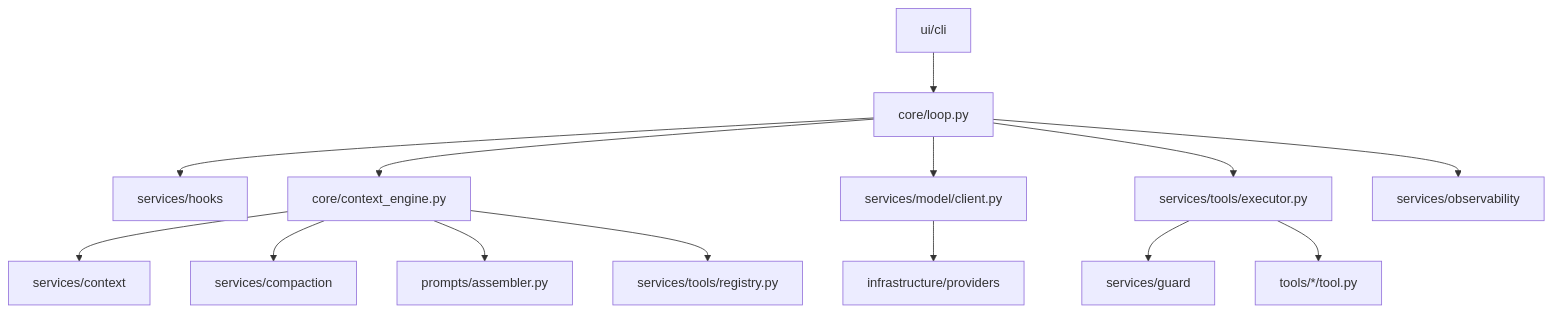
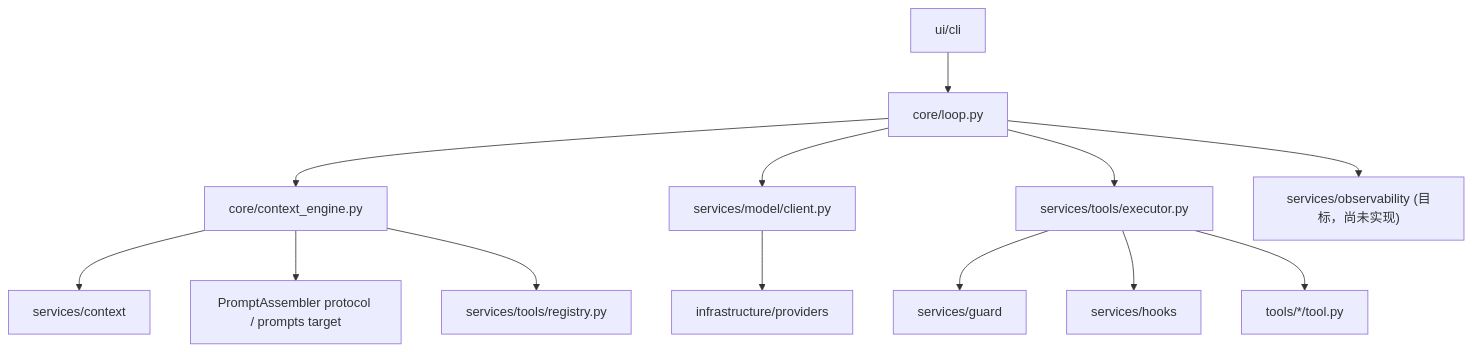
The diagram in architecture.md (EtherealStar/OneCode), drawn with Mermaid before and after one commit. The commit also changed other lines of this file and 40 other files, not shown here.

First line of the commit message:
feat(cli): add main interfaces, JSONL transcripts, and tool hooks

````diff
--- a/architecture.md
+++ b/architecture.md
@@ -256,16 +293,15 @@
 ```mermaid
 flowchart TD
   UI["ui/cli"] --> Loop["core/loop.py"]
-  Loop --> Hooks["services/hooks"]
   Loop --> Engine["core/context_engine.py"]
   Engine --> Context["services/context"]
-  Engine --> Compaction["services/compaction"]
-  Engine --> Prompts["prompts/assembler.py"]
+  Engine --> Prompts["PromptAssembler protocol / prompts target"]
   Engine --> ToolRegistry["services/tools/registry.py"]
   Loop --> ModelClient["services/model/client.py"]
   ModelClient --> Provider["infrastructure/providers"]
   Loop --> ToolExecutor["services/tools/executor.py"]
   ToolExecutor --> Guard["services/guard"]
+  ToolExecutor --> Hooks["services/hooks"]
   ToolExecutor --> Tools["tools/*/tool.py"]
-  Loop --> Trace["services/observability"]
+  Loop --> Trace["services/observability (目标，尚未实现)"]
 ```
````
